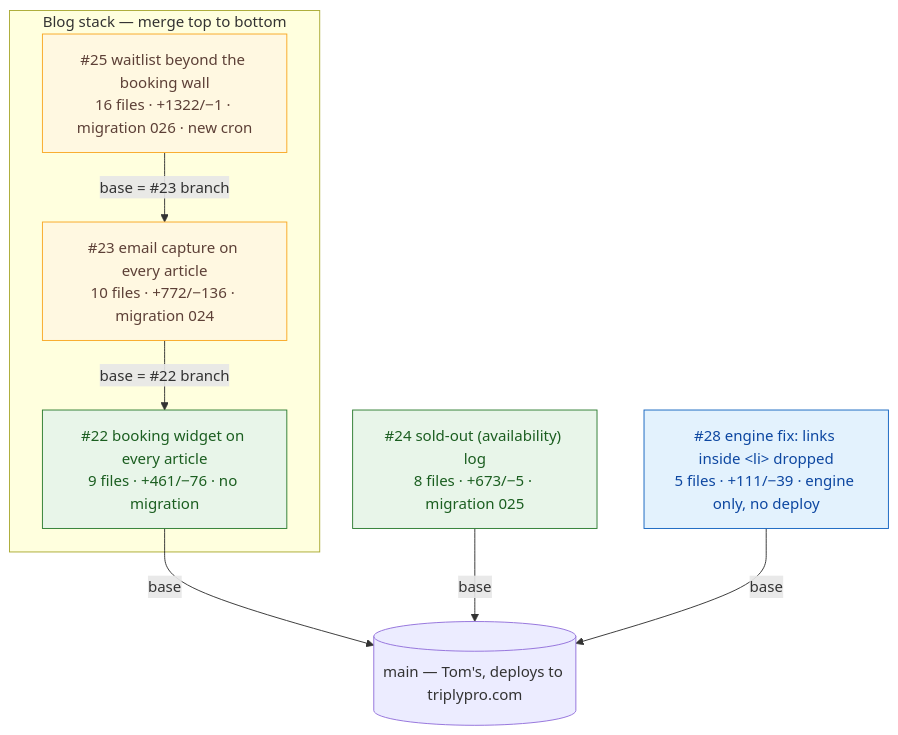
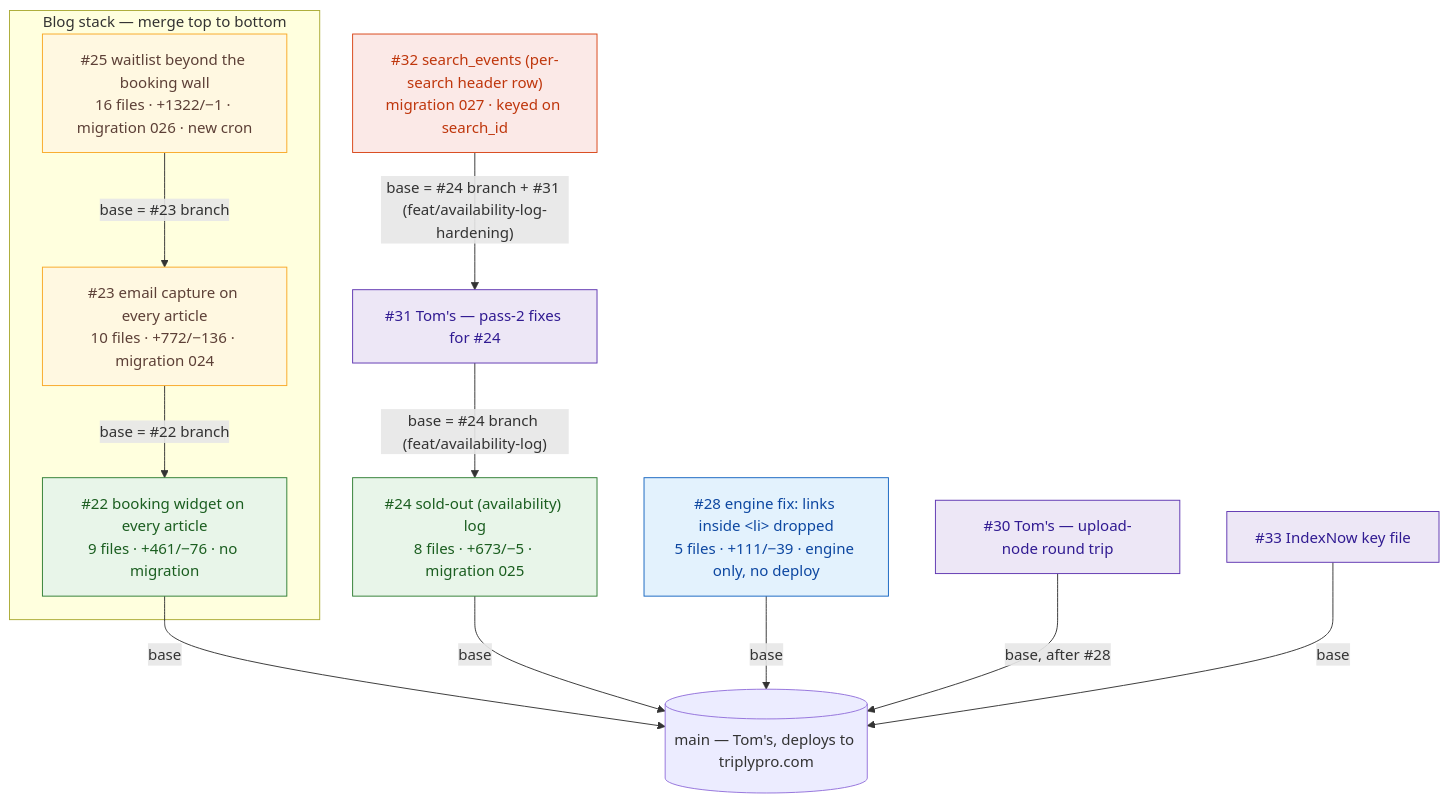
One commit to tomdro61/Triply changed the first of 2 diagrams in docs/code-review-graph.md. Above: the diagram before and after it, drawn with Mermaid. The commit also changed other lines of this file, not shown here.

First line of the commit message:
docs: review graph — pass-3 status (23 Sep), #30-#33 added, #32 rebased as search header

````diff
--- a/docs/code-review-graph.md
+++ b/docs/code-review-graph.md
@@ -18,26 +19,38 @@
 ```mermaid
 flowchart TB
   main[(main — Tom's, deploys to triplypro.com)]
 
   subgraph blog_stack ["Blog stack — merge top to bottom"]
     pr22["#22 booking widget on every article<br/>9 files · +461/−76 · no migration"]
     pr23["#23 email capture on every article<br/>10 files · +772/−136 · migration 024"]
     pr25["#25 waitlist beyond the booking wall<br/>16 files · +1322/−1 · migration 026 · new cron"]
   end
 
   pr24["#24 sold-out (availability) log<br/>8 files · +673/−5 · migration 025"]
   pr28["#28 engine fix: links inside &lt;li&gt; dropped<br/>5 files · +111/−39 · engine only, no deploy"]
+  pr31["#31 Tom's — pass-2 fixes for #24"]
+  pr30["#30 Tom's — upload-node round trip"]
+  pr32["#32 search_events (per-search header row)<br/>migration 027 · keyed on search_id"]
+  pr33["#33 IndexNow key file"]
 
   pr22 -->|"base"| main
   pr23 -->|"base = #22 branch"| pr22
   pr25 -->|"base = #23 branch"| pr23
   pr24 -->|"base"| main
   pr28 -->|"base"| main
+  pr30 -->|"base, after #28"| main
+  pr31 -->|"base = #24 branch (feat/availability-log)"| pr24
+  pr32 -->|"base = #24 branch + #31 (feat/availability-log-hardening)"| pr31
+  pr33 -->|"base"| main
 
   classDef ready fill:#e8f5e9,stroke:#2e7d32,color:#1b5e20
   classDef stacked fill:#fff8e1,stroke:#f9a825,color:#5d4037
   classDef engine fill:#e3f2fd,stroke:#1565c0,color:#0d47a1
+  classDef reviewed fill:#ede7f6,stroke:#5e35b1,color:#311b92
+  classDef holding fill:#fbe9e7,stroke:#d84315,color:#bf360c
   class pr22,pr24 ready
   class pr23,pr25 stacked
   class pr28 engine
+  class pr30,pr31,pr33 reviewed
+  class pr32 holding
 ```
````
